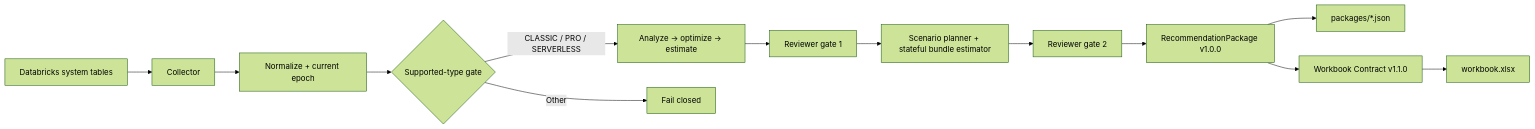
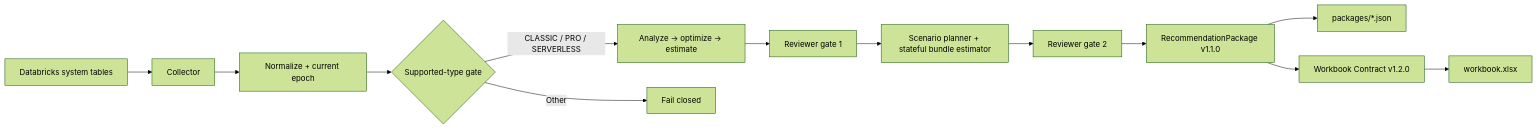
The diagram in README.md (thiaga-gk/expert-funicular), drawn with Mermaid (forest theme) before and after one commit. The commit also changed other lines of this file and 19 other files, not shown here.

````diff
--- a/README.md
+++ b/README.md
@@ -7,15 +7,15 @@
 ```mermaid
 flowchart LR
     ST[Databricks system tables] --> C[Collector]
     C --> N[Normalize + current epoch]
     N --> G{Supported-type gate}
     G -->|CLASSIC / PRO / SERVERLESS| A[Analyze → optimize → estimate]
     G -->|Other| X[Fail closed]
     A --> R1[Reviewer gate 1]
     R1 --> S[Scenario planner + stateful bundle estimator]
     S --> R2[Reviewer gate 2]
-    R2 --> P[RecommendationPackage v1.0.0]
+    R2 --> P[RecommendationPackage v1.1.0]
     P --> J[packages/*.json]
-    P --> W[Workbook Contract v1.1.0]
+    P --> W[Workbook Contract v1.2.0]
     W --> X1[workbook.xlsx]
 ```
````
